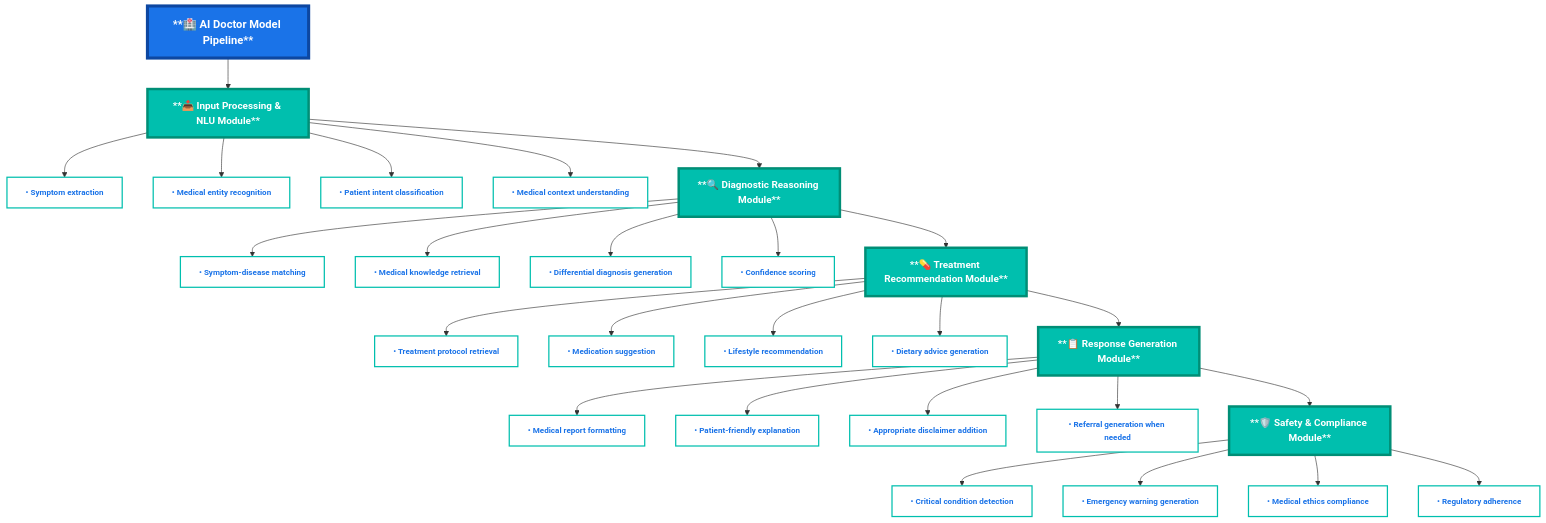
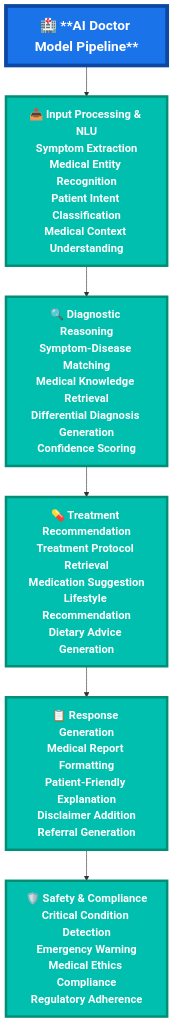
The second of 2 diagrams in README.md (Blacksujit/Health-Summerize-AI), drawn with Mermaid before and after one commit. The commit also changed other lines of this file, not shown here.

Commit message:
added arcitect.  diagram✅✅

````diff
--- a/README.md
+++ b/README.md
@@ -311,80 +313,34 @@
 ```mermaid
-flowchart TD
-    %% Main Header - Standalone and Prominent
-    A["**🏥 AI Doctor Model Pipeline**"]
-    
-    %% Input Processing Module
-    B["**📥 Input Processing & NLU Module**"]
-    B1["• Symptom extraction"]
-    B2["• Medical entity recognition"]
-    B3["• Patient intent classification"]
-    B4["• Medical context understanding"]
-    
-    %% Diagnostic Reasoning Module
-    C["**🔍 Diagnostic Reasoning Module**"]
-    C1["• Symptom-disease matching"]
-    C2["• Medical knowledge retrieval"]
-    C3["• Differential diagnosis generation"]
-    C4["• Confidence scoring"]
-    
-    %% Treatment Recommendation Module
-    D["**💊 Treatment Recommendation Module**"]
-    D1["• Treatment protocol retrieval"]
-    D2["• Medication suggestion"]
-    D3["• Lifestyle recommendation"]
-    D4["• Dietary advice generation"]
-    
-    %% Response Generation Module
-    E["**📋 Response Generation Module**"]
-    E1["• Medical report formatting"]
-    E2["• Patient-friendly explanation"]
-    E3["• Appropriate disclaimer addition"]
-    E4["• Referral generation when needed"]
-    
-    %% Safety & Compliance Module
-    F["**🛡️ Safety & Compliance Module**"]
-    F1["• Critical condition detection"]
-    F2["• Emergency warning generation"]
-    F3["• Medical ethics compliance"]
-    F4["• Regulatory adherence"]
-    
-    %% Flow Connections
-    A --> B
-    B --> B1
-    B --> B2
-    B --> B3
-    B --> B4
-    B --> C
-    
-    C --> C1
-    C --> C2
-    C --> C3
-    C --> C4
-    C --> D
-    
-    D --> D1
-    D --> D2
-    D --> D3
-    D --> D4
-    D --> E
-    
-    E --> E1
-    E --> E2
-    E --> E3
-    E --> E4
-    E --> F
-    
-    F --> F1
-    F --> F2
-    F --> F3
-    F --> F4
-    
-    %% Enhanced Styling for Better Visibility
-    classDef mainHeader fill:#1a73e8,stroke:#0d47a1,stroke-width:5px,color:#ffffff,font-weight:bold,font-size:18px
-    classDef moduleHeader fill:#00bfae,stroke:#008e76,stroke-width:4px,color:#ffffff,font-weight:bold,font-size:16px
-    classDef featureItem fill:#ffffff,stroke:#00bfae,stroke-width:2px,color:#1a73e8,font-weight:bold,font-size:13px
-    
-    class A mainHeader
-    class B,C,D,E,F moduleHeader
-    class B1,B2,B3,B4,C1,C2,C3,C4,D1,D2,D3,D4,E1,E2,E3,E4,F1,F2,F3,F4 featureItem
+flowchart TB
+  %% Main Header - Standalone and Prominent
+  A["🏥 **AI Doctor Model Pipeline**"]
+
+  %% Input Processing & NLU Module (Block)
+  B["<b>📥 Input Processing & NLU</b><br><span style='font-size:13px;'>Symptom Extraction<br>Medical Entity Recognition<br>Patient Intent Classification<br>Medical Context Understanding</span>"]
+
+  %% Diagnostic Reasoning Module (Block)
+  C["<b>🔍 Diagnostic Reasoning</b><br><span style='font-size:13px;'>Symptom-Disease Matching<br>Medical Knowledge Retrieval<br>Differential Diagnosis Generation<br>Confidence Scoring</span>"]
+
+  %% Treatment Recommendation Module (Block)
+  D["<b>💊 Treatment Recommendation</b><br><span style='font-size:13px;'>Treatment Protocol Retrieval<br>Medication Suggestion<br>Lifestyle Recommendation<br>Dietary Advice Generation</span>"]
+
+  %% Response Generation Module (Block)
+  E["<b>📋 Response Generation</b><br><span style='font-size:13px;'>Medical Report Formatting<br>Patient-Friendly Explanation<br>Disclaimer Addition<br>Referral Generation</span>"]
+
+  %% Safety & Compliance Module (Block)
+  F["<b>🛡️ Safety & Compliance</b><br><span style='font-size:13px;'>Critical Condition Detection<br>Emergency Warning<br>Medical Ethics Compliance<br>Regulatory Adherence</span>"]
+
+  %% Vertical Streamlined Flow
+  A --> B
+  B --> C
+  C --> D
+  D --> E
+  E --> F
+
+  %% Enhanced Styling for Vertical, Bold, Blocked Layout
+  classDef mainHeader fill:#1a73e8,stroke:#0d47a1,stroke-width:6px,color:#fff,font-weight:bold,font-size:22px
+  classDef moduleBlock fill:#00bfae,stroke:#008e76,stroke-width:4px,color:#fff,font-weight:bold,font-size:18px
+
+  class A mainHeader
+  class B,C,D,E,F moduleBlock
 ```
````
